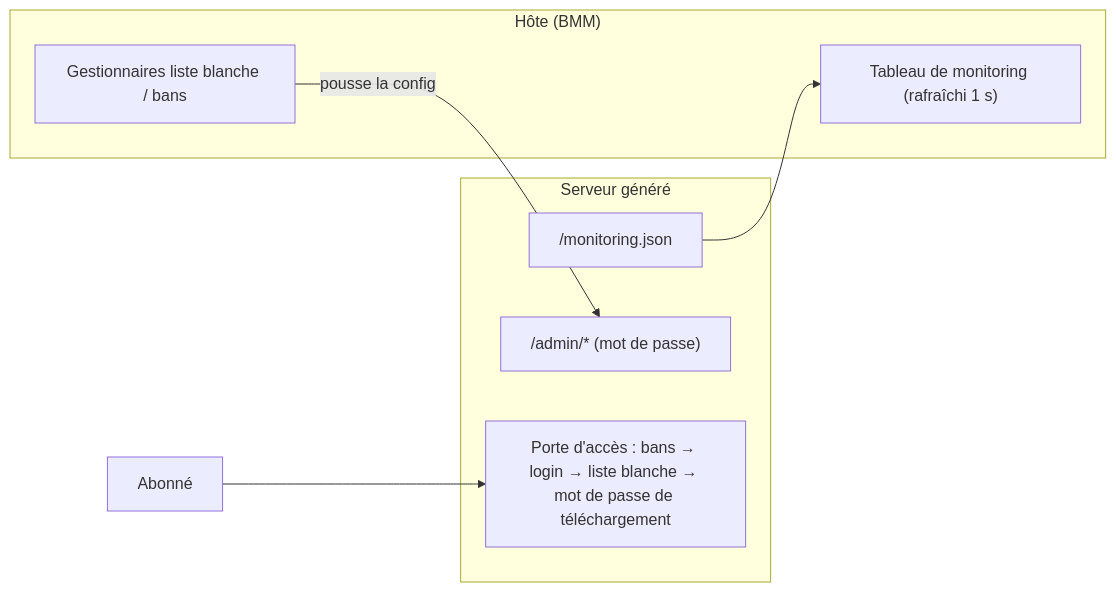
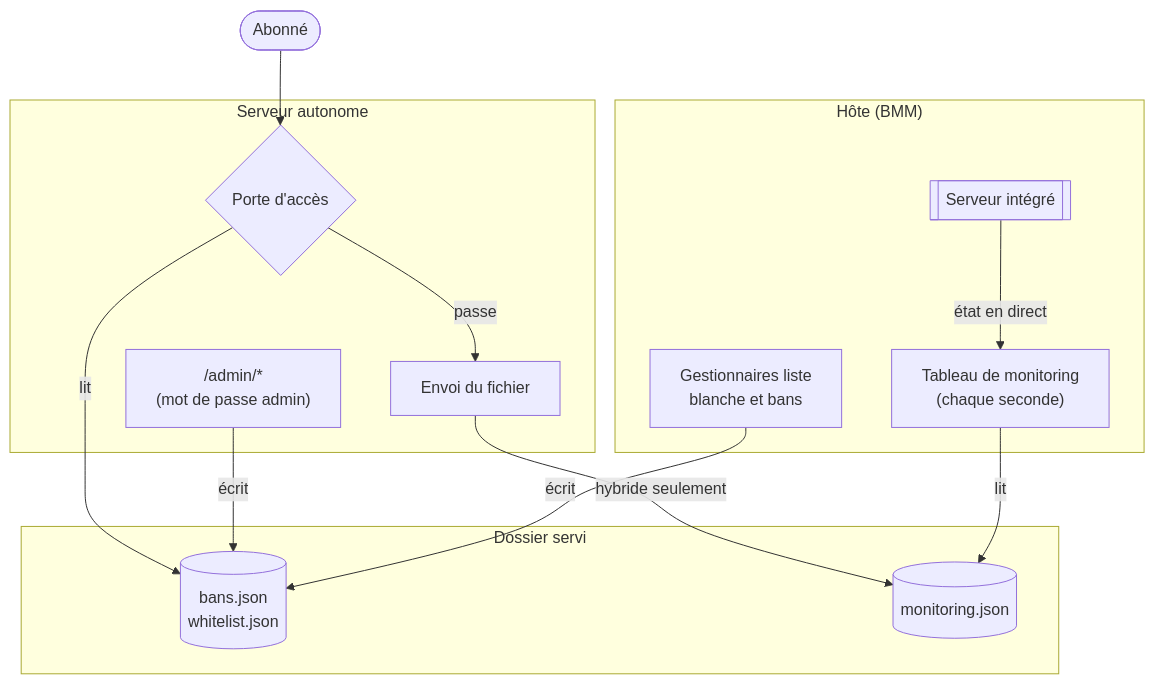
One commit to FreeProject089/BetterModsManager changed the diagram in frontend/assets/docs/fr/features/repo.md. Above: the diagram before and after it, drawn with Mermaid. The commit also changed other lines of this file and 176 other files, not shown here.

````diff
--- a/frontend/assets/docs/fr/features/repo.md
+++ b/frontend/assets/docs/fr/features/repo.md
@@ -224,15 +224,25 @@
 ```mermaid
-graph LR
-    subgraph Host["Hôte (BMM)"]
-        MON["Tableau de monitoring (rafraîchi 1 s)"]
-        WL["Gestionnaires liste blanche / bans"]
+flowchart TD
+    subgraph HOST["Hôte (BMM)"]
+        BUILTIN[["Serveur intégré"]]
+        MON["Tableau de monitoring<br/>(chaque seconde)"]
+        WL["Gestionnaires liste<br/>blanche et bans"]
     end
-    subgraph Server["Serveur généré"]
-        MJSON["/monitoring.json"]
-        ADMIN["/admin/* (mot de passe)"]
-        GATE["Porte d'accès : bans → login → liste blanche → mot de passe de téléchargement"]
+    subgraph SRV["Serveur autonome"]
+        GATE{"Porte d'accès"}
+        SERVE["Envoi du fichier"]
+        ADMIN["/admin/*<br/>(mot de passe admin)"]
     end
-    MJSON --> MON
-    WL -- "pousse la config" --> ADMIN
-    CLIENT["Abonné"] --> GATE
+    subgraph DIR["Dossier servi"]
+        LISTS[("bans.json<br/>whitelist.json")]
+        MJSON[("monitoring.json")]
+    end
+    CLIENT(["Abonné"]) --> GATE
+    GATE -- "passe" --> SERVE
+    SERVE -- "hybride seulement" --> MJSON
+    GATE -- "lit" --> LISTS
+    ADMIN -- "écrit" --> LISTS
+    BUILTIN -- "état en direct" --> MON
+    MON -- "lit" --> MJSON
+    WL -- "écrit" --> LISTS
 ```
````
